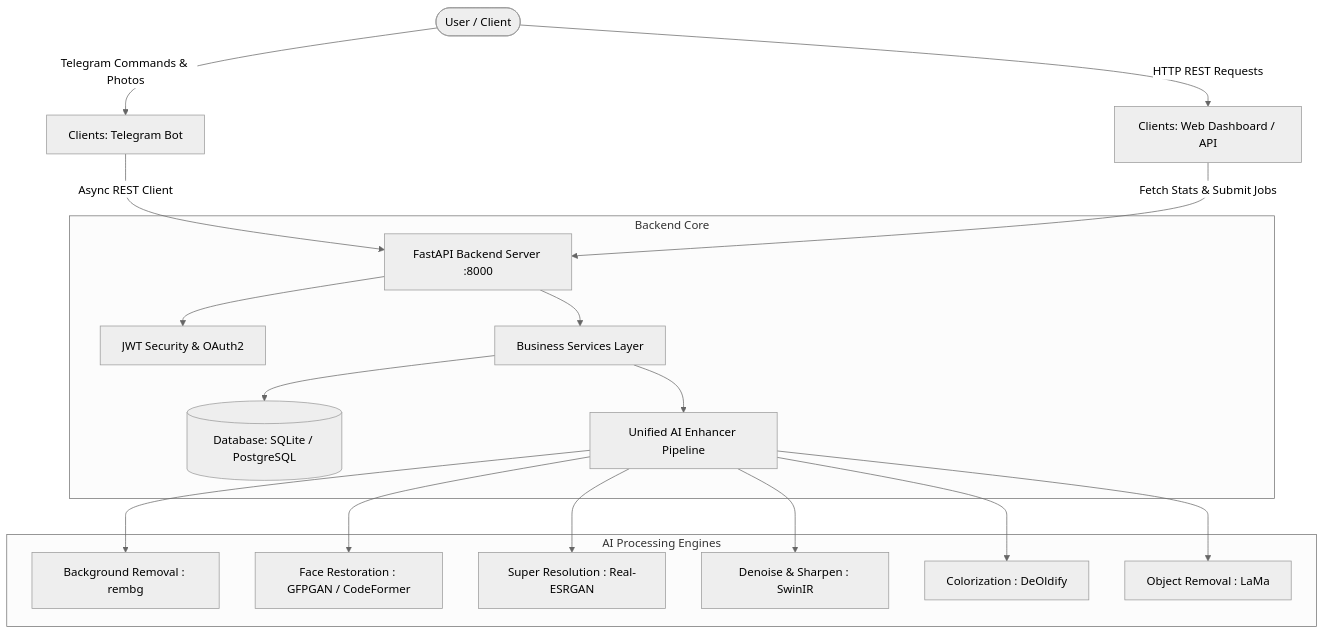
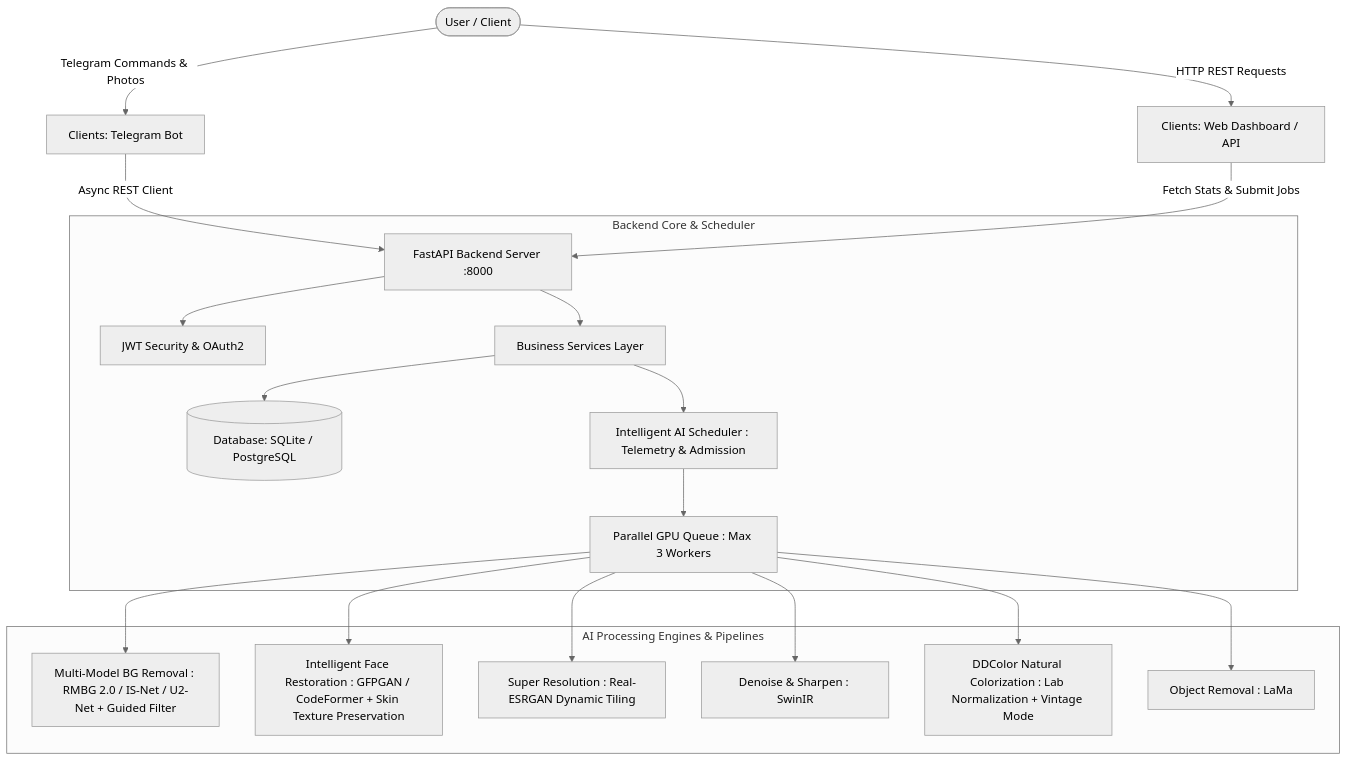
The diagram in README.md (MRPREM31/ZenemooBOT), drawn with Mermaid (neutral theme) before and after one commit. The commit also changed other lines of this file, not shown here.

Commit message:
docs: Update README.md with today's features: Parallel GPU Queue, AI Scheduler, Production BG Removal, DDColor Restoration, and Intelligent Face Enhancement

````diff
--- a/README.md
+++ b/README.md
@@ -29,24 +30,25 @@
 ```mermaid
 graph TD
     User([User / Client]) -->|Telegram Commands & Photos| TG[Clients: Telegram Bot]
     User -->|HTTP REST Requests| REST[Clients: Web Dashboard / API]
     
     TG -->|Async REST Client| API[FastAPI Backend Server :8000]
     REST -->|Fetch Stats & Submit Jobs| API
 
-    subgraph Backend Core
+    subgraph Backend Core & Scheduler
         API --> Auth[JWT Security & OAuth2]
         API --> SVC[Business Services Layer]
         SVC --> DB[(Database: SQLite / PostgreSQL)]
-        SVC --> Pipe[Unified AI Enhancer Pipeline]
+        SVC --> SCHED[Intelligent AI Scheduler : Telemetry & Admission]
+        SCHED --> QUEUE[Parallel GPU Queue : Max 3 Workers]
     end
 
-    subgraph AI Processing Engines
-        Pipe --> BG[Background Removal : rembg]
-        Pipe --> Face[Face Restoration : GFPGAN / CodeFormer]
-        Pipe --> SR[Super Resolution : Real-ESRGAN]
-        Pipe --> Sharp[Denoise & Sharpen : SwinIR]
-        Pipe --> Color[Colorization : DeOldify]
-        Pipe --> Inpaint[Object Removal : LaMa]
+    subgraph AI Processing Engines & Pipelines
+        QUEUE --> BG[Multi-Model BG Removal : RMBG 2.0 / IS-Net / U2-Net + Guided Filter]
+        QUEUE --> Face[Intelligent Face Restoration : GFPGAN / CodeFormer + Skin Texture Preservation]
+        QUEUE --> SR[Super Resolution : Real-ESRGAN Dynamic Tiling]
+        QUEUE --> Sharp[Denoise & Sharpen : SwinIR]
+        QUEUE --> Color[DDColor Natural Colorization : Lab Normalization + Vintage Mode]
+        QUEUE --> Inpaint[Object Removal : LaMa]
     end
 ```
````
